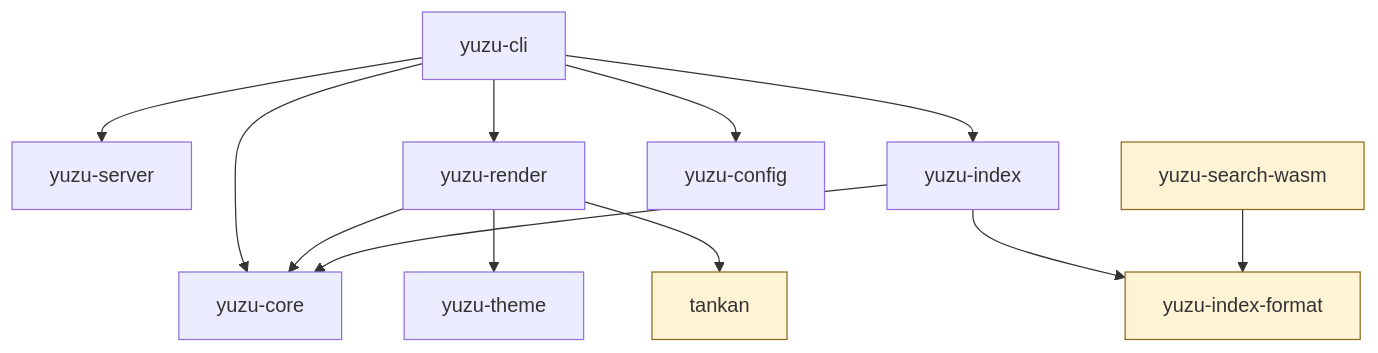
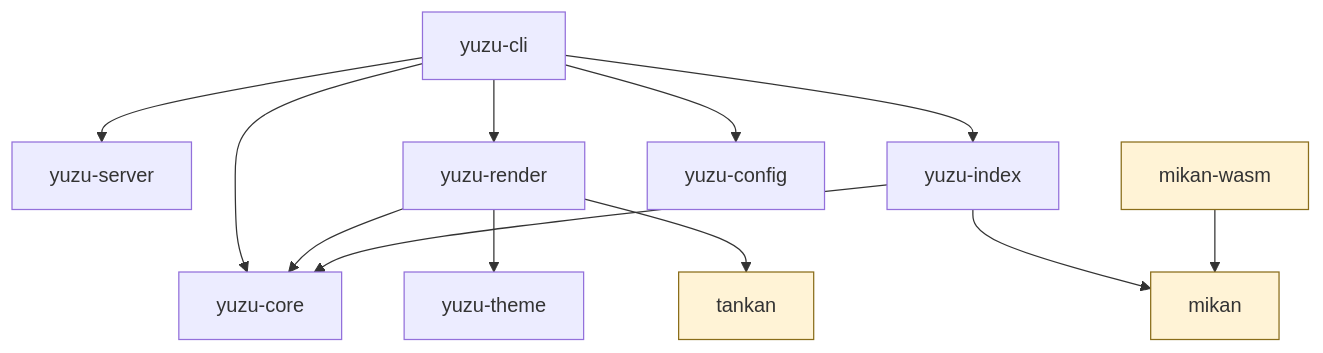
One commit to ai-implementer/yuzu changed the diagram in docs/content/development/index.md. Above: the diagram before and after it, drawn with Mermaid. The commit also changed other lines of this file and 38 other files, not shown here.

First line of the commit message:
検索スタックを yuzu-* から改名: mikan / mikan-wasm

````diff
--- a/docs/content/development/index.md
+++ b/docs/content/development/index.md
@@ -31,16 +31,16 @@
 ```mermaid
 flowchart TD
     CLI[yuzu-cli] --> SRV[yuzu-server]
     CLI --> REN[yuzu-render]
     CLI --> IDX[yuzu-index]
     CLI --> CORE[yuzu-core]
     CLI --> CFG[yuzu-config]
     REN --> CORE
     REN --> THEME[yuzu-theme]
     REN --> TAN[tankan]
     IDX --> CORE
-    IDX --> FMT[yuzu-index-format]
-    WASM[yuzu-search-wasm] --> FMT
+    IDX --> FMT[mikan]
+    WASM[mikan-wasm] --> FMT
     classDef generic fill:#fff3d6,stroke:#8a6d1a
     class TAN,FMT,WASM generic
 ```
````
